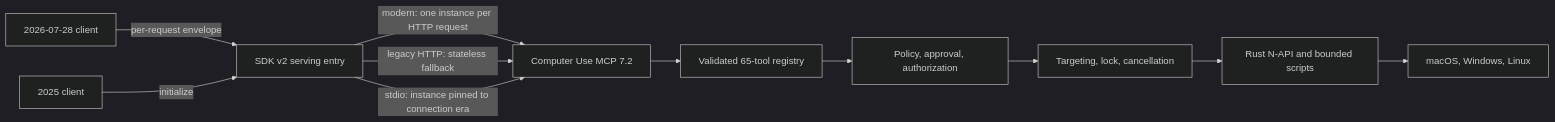
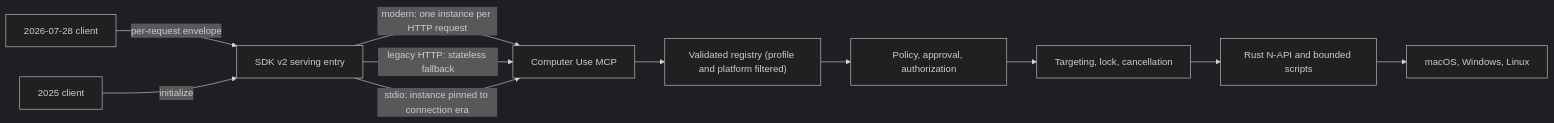
Before and after one commit to zavora-ai/computer-use-mcp: the first of 4 diagrams in docs/ARCHITECTURE.md, drawn with Mermaid (dark theme). The commit also changed other lines of this file and 22 other files, not shown here.

````diff
--- a/docs/ARCHITECTURE.md
+++ b/docs/ARCHITECTURE.md
@@ -11,13 +45,13 @@
 ```mermaid
 flowchart LR
   Modern["2026-07-28 client"] -->|"per-request envelope"| Entry["SDK v2 serving entry"]
   Legacy["2025 client"] -->|"initialize"| Entry
-  Entry -->|"modern: one instance per HTTP request"| Server["Computer Use MCP 7.2"]
+  Entry -->|"modern: one instance per HTTP request"| Server["Computer Use MCP"]
   Entry -->|"legacy HTTP: stateless fallback"| Server
   Entry -->|"stdio: instance pinned to connection era"| Server
-  Server --> Registry["Validated 65-tool registry"]
+  Server --> Registry["Validated registry (profile and platform filtered)"]
   Registry --> Policy["Policy, approval, authorization"]
   Policy --> Session["Targeting, lock, cancellation"]
   Session --> Native["Rust N-API and bounded scripts"]
   Native --> OS["macOS, Windows, Linux"]
 ```
````
